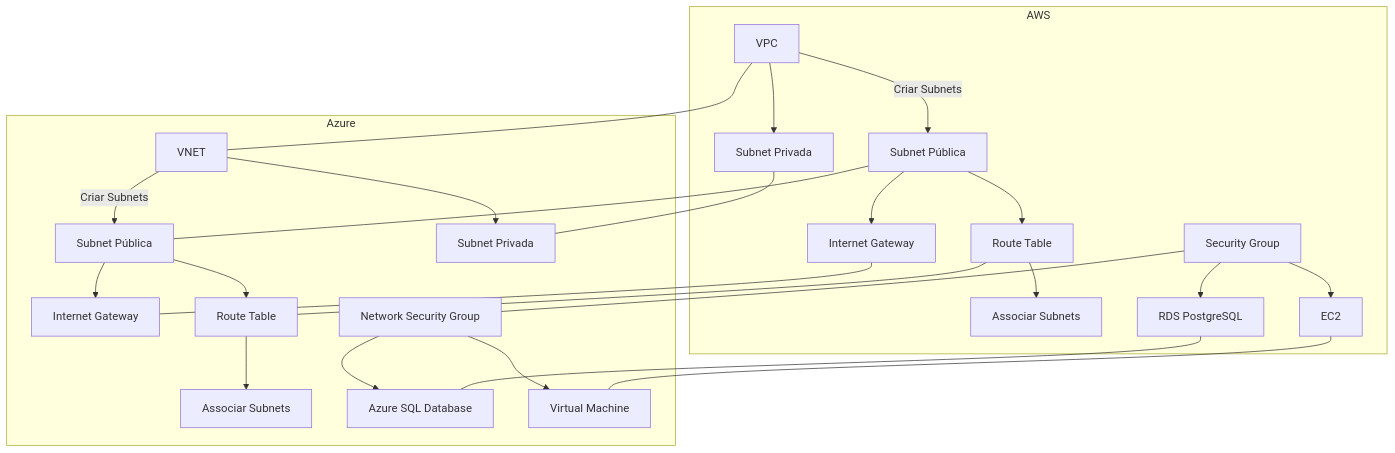
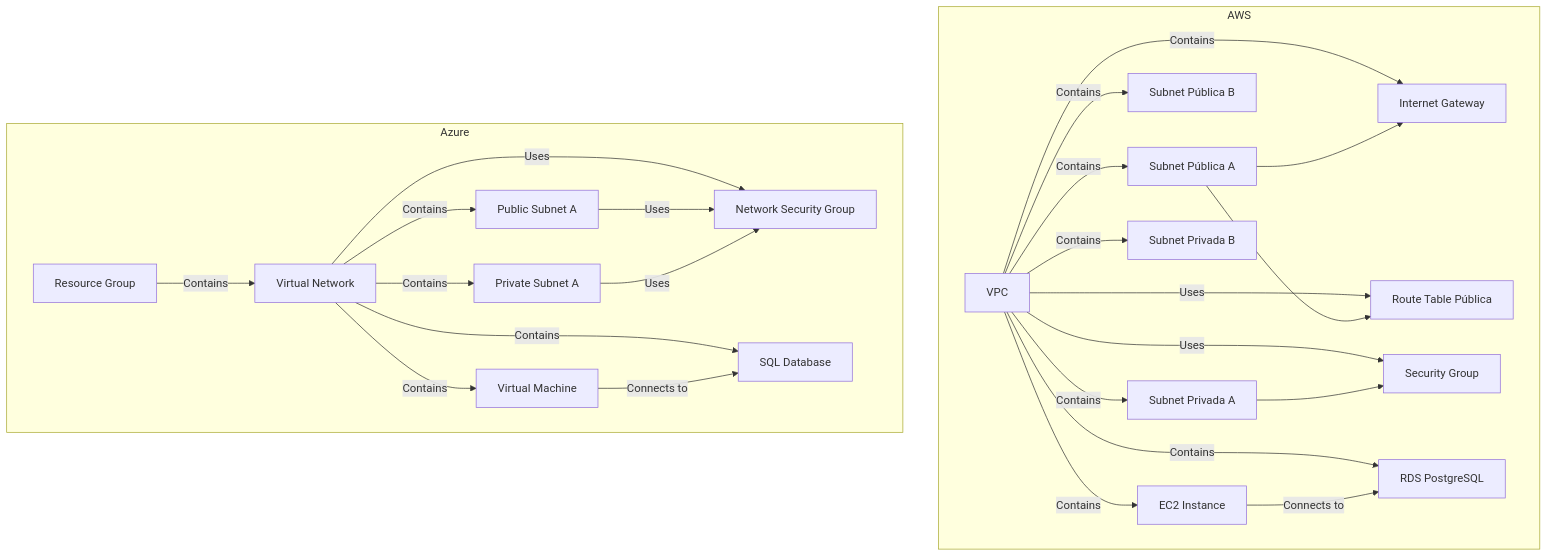
One commit to lvgalvao/workshop-terraform changed the first of 2 diagrams in parte_07/README.md. Above: the diagram before and after it, drawn with Mermaid. The commit also changed other lines of this file and 7 other files, not shown here.

````diff
--- a/parte_07/README.md
+++ b/parte_07/README.md
@@ -19,31 +17,52 @@
 ```mermaid
 graph TD
     subgraph AWS
-        A[VPC] -->|Criar Subnets| B[Subnet Pública]
-        A --> C[Subnet Privada]
-        B --> D[Internet Gateway]
-        B --> E[Route Table]
-        E --> F[Associar Subnets]
-        G[Security Group] --> H[RDS PostgreSQL]
-        G --> I[EC2]
+        VPC_AWS[VPC]
+        Subnet_Public_A_AWS[Subnet Pública A]
+        Subnet_Public_B_AWS[Subnet Pública B]
+        Subnet_Private_A_AWS[Subnet Privada A]
+        Subnet_Private_B_AWS[Subnet Privada B]
+        IGW_AWS[Internet Gateway]
+        RT_Public_AWS[Route Table Pública]
+        SG_AWS[Security Group]
+        EC2_AWS[EC2 Instance]
+        RDS_AWS[RDS PostgreSQL]
+    end
+    
+    subgraph Azure
+        RG_AZURE[Resource Group]
+        VNET_AZURE[Virtual Network]
+        Subnet_Public_A_AZURE[Public Subnet A]
+        Subnet_Private_A_AZURE[Private Subnet A]
+        NSG_AZURE[Network Security Group]
+        VM_AZURE[Virtual Machine]
+        SQL_AZURE[SQL Database]
     end
 
-    subgraph Azure
-        J[VNET] -->|Criar Subnets| K[Subnet Pública]
-        J --> L[Subnet Privada]
-        K --> M[Internet Gateway]
-        K --> N[Route Table]
-        N --> O[Associar Subnets]
-        P[Network Security Group] --> Q[Azure SQL Database]
-        P --> R[Virtual Machine]
-    end
+    VPC_AWS -->|Contains| Subnet_Public_A_AWS
+    VPC_AWS -->|Contains| Subnet_Public_B_AWS
+    VPC_AWS -->|Contains| Subnet_Private_A_AWS
+    VPC_AWS -->|Contains| Subnet_Private_B_AWS
+    VPC_AWS -->|Contains| IGW_AWS
+    VPC_AWS -->|Uses| RT_Public_AWS
+    VPC_AWS -->|Uses| SG_AWS
+    VPC_AWS -->|Contains| EC2_AWS
+    VPC_AWS -->|Contains| RDS_AWS
+    
+    RG_AZURE -->|Contains| VNET_AZURE
+    VNET_AZURE -->|Contains| Subnet_Public_A_AZURE
+    VNET_AZURE -->|Contains| Subnet_Private_A_AZURE
+    VNET_AZURE -->|Uses| NSG_AZURE
+    VNET_AZURE -->|Contains| VM_AZURE
+    VNET_AZURE -->|Contains| SQL_AZURE
 
-    A --- J
-    B --- K
-    C --- L
-    D --- M
-    E --- N
-    G --- P
-    H --- Q
-    I --- R
+    Subnet_Public_A_AWS --> IGW_AWS
+    Subnet_Public_A_AWS --> RT_Public_AWS
+    Subnet_Private_A_AWS --> SG_AWS
+
+    Subnet_Public_A_AZURE -->|Uses| NSG_AZURE
+    Subnet_Private_A_AZURE -->|Uses| NSG_AZURE
+
+    EC2_AWS -->|Connects to| RDS_AWS
+    VM_AZURE -->|Connects to| SQL_AZURE
 ```
````
